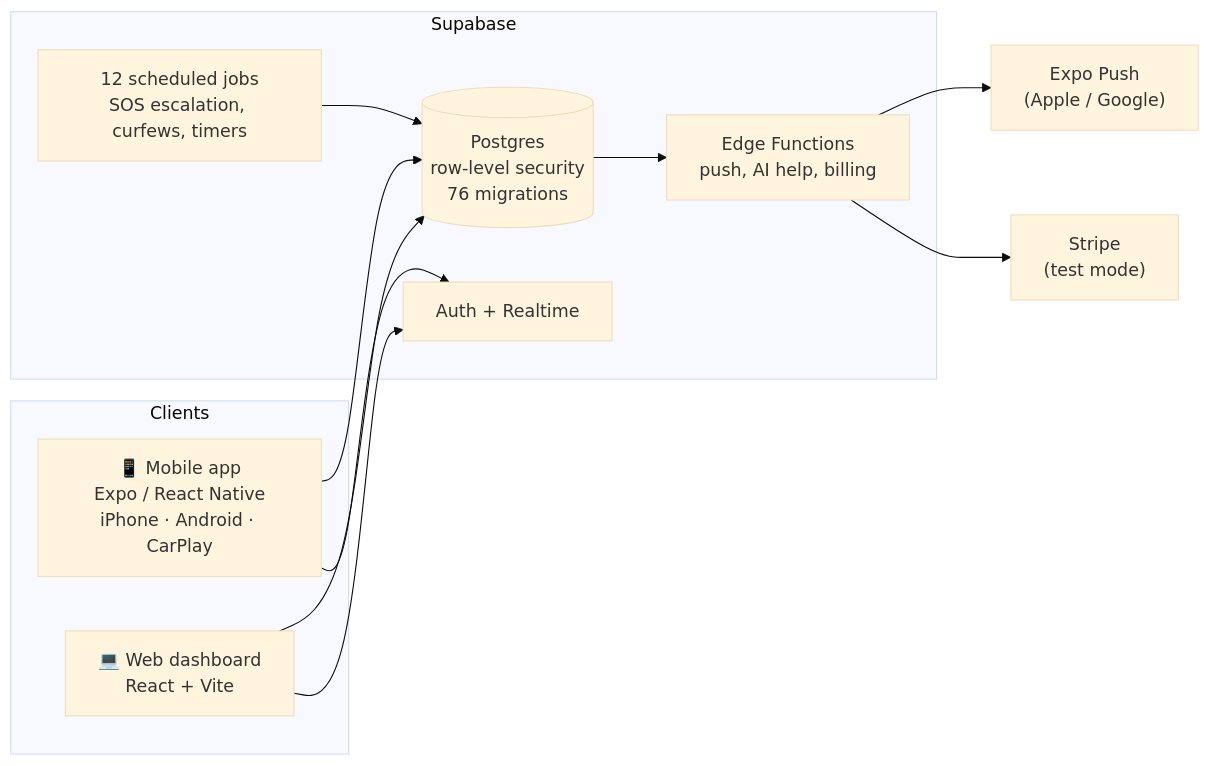
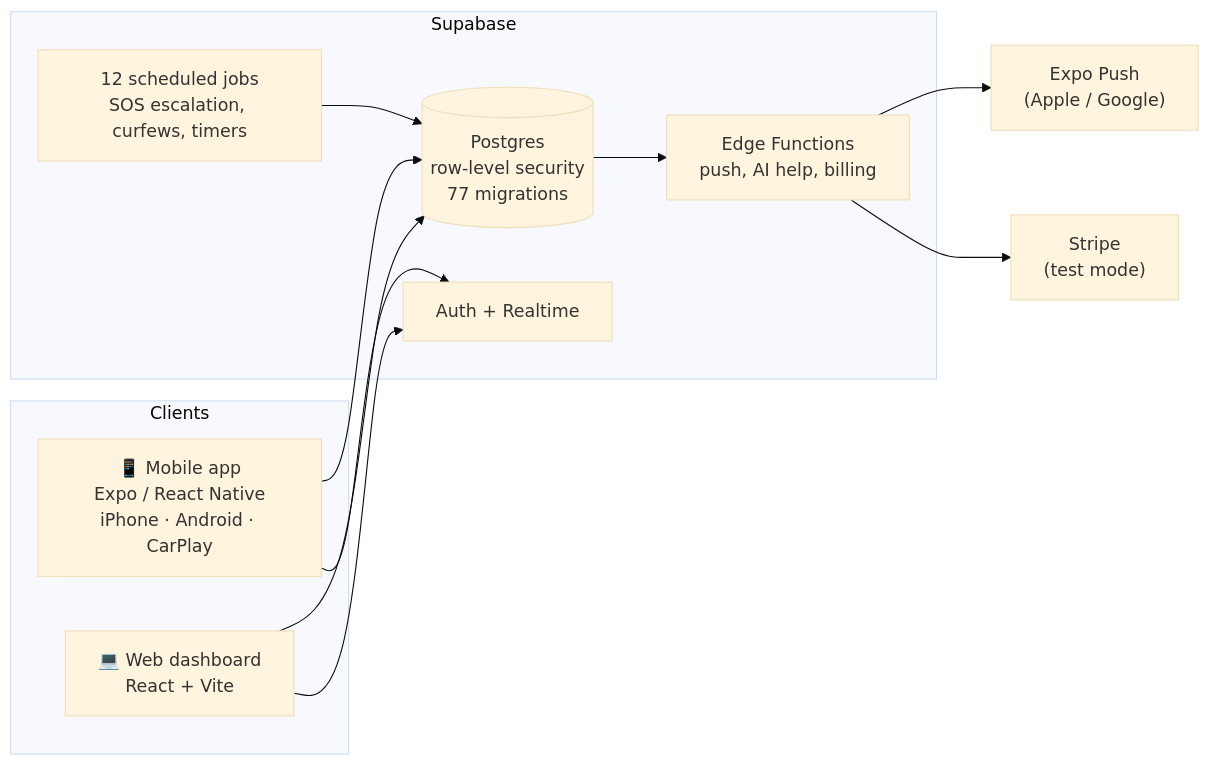
The diagram in README.md (Avi0790/safe-circle), drawn with Mermaid (base theme) before and after one commit. The commit also changed other lines of this file and 18 other files, not shown here.

````diff
--- a/README.md
+++ b/README.md
@@ -113,21 +114,21 @@
 ```mermaid
 flowchart LR
     subgraph Clients
         A["📱 Mobile app<br/>Expo / React Native<br/>iPhone · Android · CarPlay"]
         W["💻 Web dashboard<br/>React + Vite"]
     end
     subgraph Supabase
-        DB[("Postgres<br/>row-level security<br/>76 migrations")]
+        DB[("Postgres<br/>row-level security<br/>77 migrations")]
         AU["Auth + Realtime"]
         CR["12 scheduled jobs<br/>SOS escalation, curfews, timers"]
         EF["Edge Functions<br/>push, AI help, billing"]
     end
     A --> DB
     W --> DB
     A --> AU
     W --> AU
     CR --> DB
     DB --> EF
     EF --> P["Expo Push<br/>(Apple / Google)"]
     EF --> S["Stripe<br/>(test mode)"]
 ```
````
